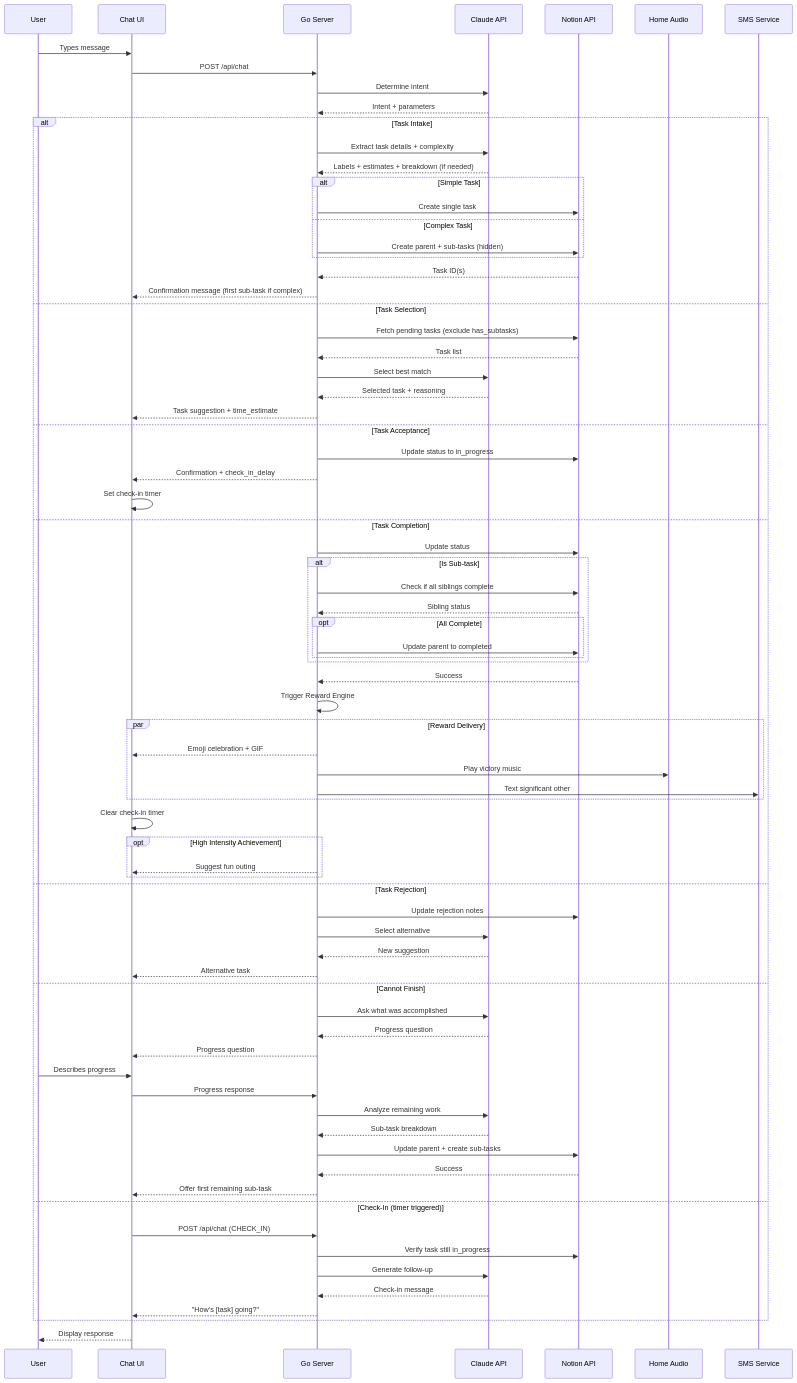
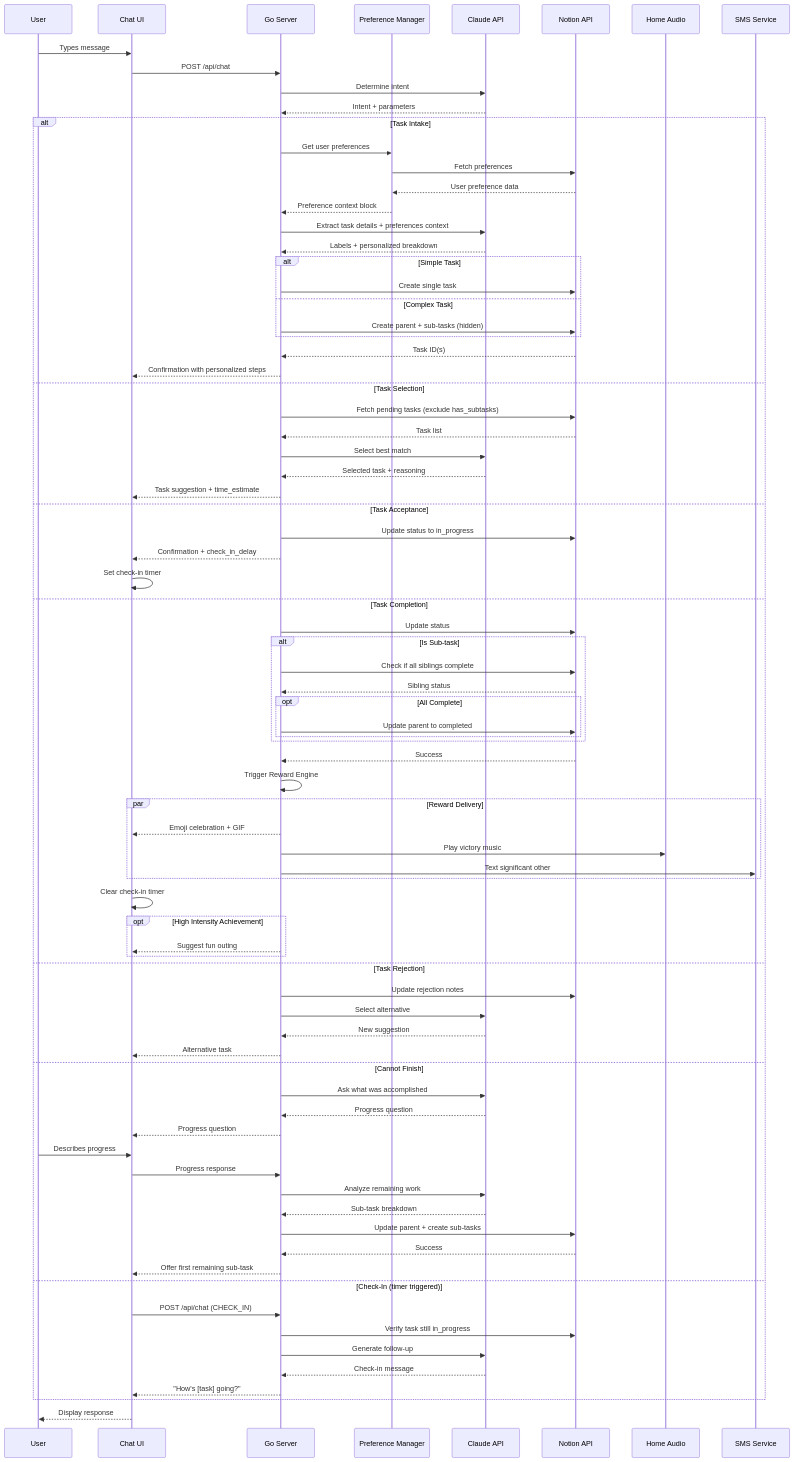
The third of 6 diagrams in docs/architecture.md (NickBorgers/hide-my-list), drawn with Mermaid before and after one commit. The commit also changed other lines of this file and 4 other files, not shown here.

First line of the commit message:
Add user preferences system for personalized task breakdowns

```diff
--- a/docs/architecture.md
+++ b/docs/architecture.md
@@ -92,6 +104,7 @@
     participant User
     participant UI as Chat UI
     participant Server as Go Server
+    participant Prefs as Preference Manager
     participant Claude as Claude API
     participant Notion as Notion API
     participant HomeAudio as Home Audio
@@ -103,15 +116,19 @@
     Claude-->>Server: Intent + parameters
 
     alt Task Intake
-        Server->>Claude: Extract task details + complexity
-        Claude-->>Server: Labels + estimates + breakdown (if needed)
+        Server->>Prefs: Get user preferences
+        Prefs->>Notion: Fetch preferences
+        Notion-->>Prefs: User preference data
+        Prefs-->>Server: Preference context block
+        Server->>Claude: Extract task details + preferences context
+        Claude-->>Server: Labels + personalized breakdown
         alt Simple Task
             Server->>Notion: Create single task
         else Complex Task
             Server->>Notion: Create parent + sub-tasks (hidden)
         end
         Notion-->>Server: Task ID(s)
-        Server-->>UI: Confirmation message (first sub-task if complex)
+        Server-->>UI: Confirmation with personalized steps
     else Task Selection
         Server->>Notion: Fetch pending tasks (exclude has_subtasks)
         Notion-->>Server: Task list
```
